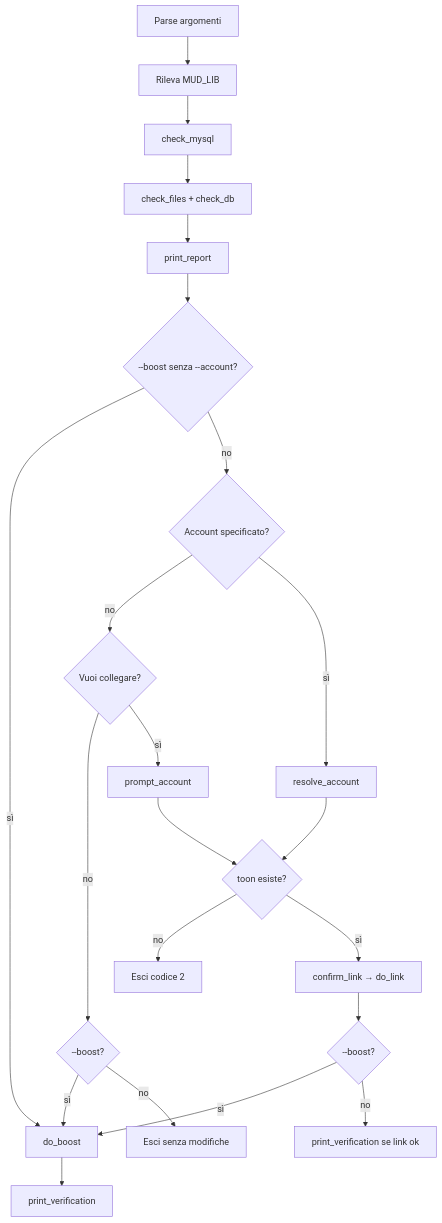
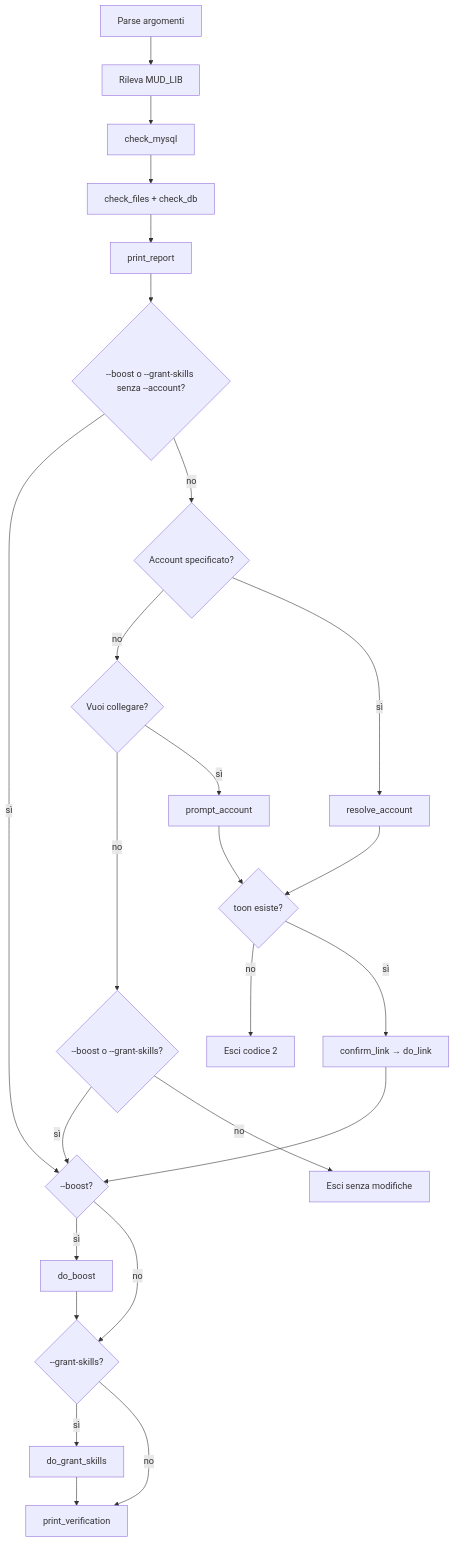
The diagram in docs/associate-pg-account.md (wizardmorgan/nebbietest), drawn with Mermaid before and after one commit. The commit also changed other lines of this file and 2 other files, not shown here.

First line of the commit message:
Add --grant-skills to associate-pg-account for class skill/spell boost

````diff
--- a/docs/associate-pg-account.md
+++ b/docs/associate-pg-account.md
@@ -125,24 +150,27 @@
 ```mermaid
 flowchart TD
   A[Parse argomenti] --> B[Rileva MUD_LIB]
   B --> C[check_mysql]
   C --> D[check_files + check_db]
   D --> E[print_report]
-  E --> F{--boost senza --account?}
-  F -->|sì| G[do_boost]
-  G --> H[print_verification]
-  F -->|no| I{Account specificato?}
-  I -->|no| J{Vuoi collegare?}
-  J -->|no| K{--boost?}
-  K -->|sì| G
-  K -->|no| L[Esci senza modifiche]
-  J -->|sì| M[prompt_account]
-  I -->|sì| N[resolve_account]
-  M --> O{toon esiste?}
-  N --> O
-  O -->|no| P[Esci codice 2]
-  O -->|sì| Q[confirm_link → do_link]
-  Q --> R{--boost?}
-  R -->|sì| G
-  R -->|no| S[print_verification se link ok]
+  E --> F{--boost o --grant-skills senza --account?}
+  F -->|sì| G{--boost?}
+  G -->|sì| H[do_boost]
+  G -->|no| I{--grant-skills?}
+  H --> I
+  I -->|sì| J[do_grant_skills]
+  I -->|no| K[print_verification]
+  J --> K
+  F -->|no| L{Account specificato?}
+  L -->|no| M{Vuoi collegare?}
+  M -->|no| N{--boost o --grant-skills?}
+  N -->|sì| G
+  N -->|no| O[Esci senza modifiche]
+  M -->|sì| P[prompt_account]
+  L -->|sì| Q[resolve_account]
+  P --> R{toon esiste?}
+  Q --> R
+  R -->|no| S[Esci codice 2]
+  R -->|sì| T[confirm_link → do_link]
+  T --> G
 ```
````
